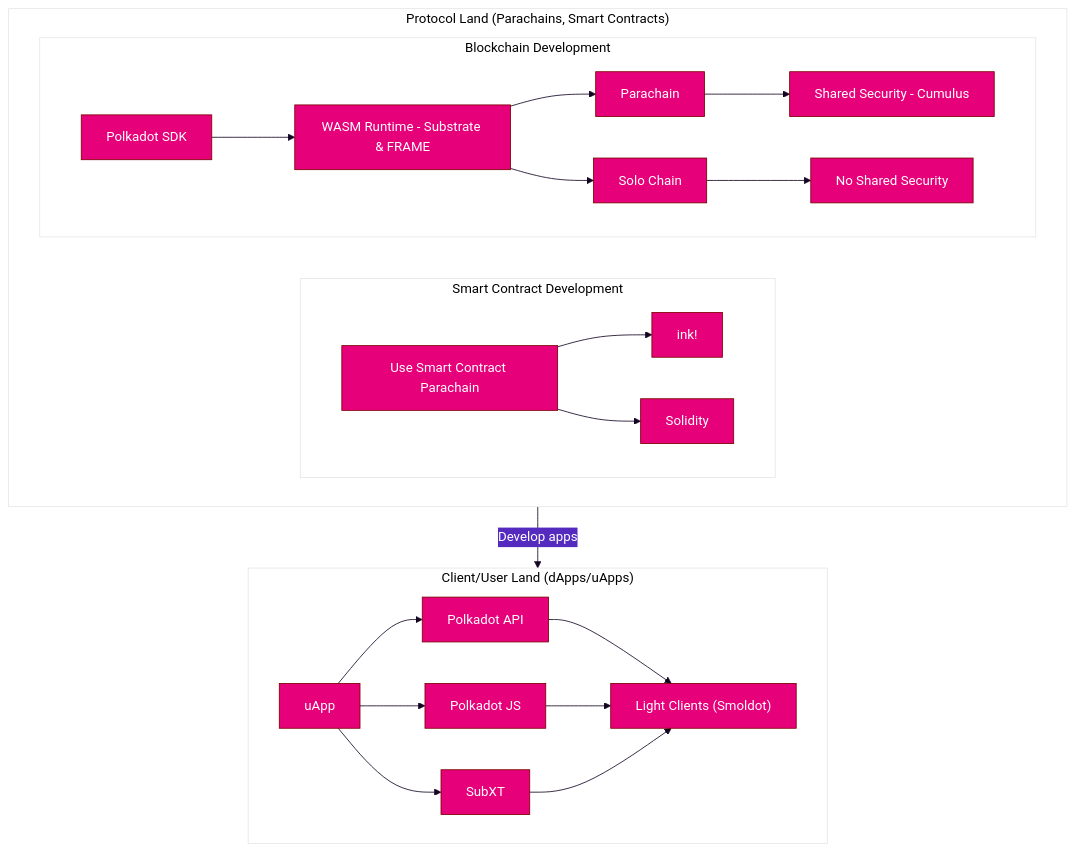
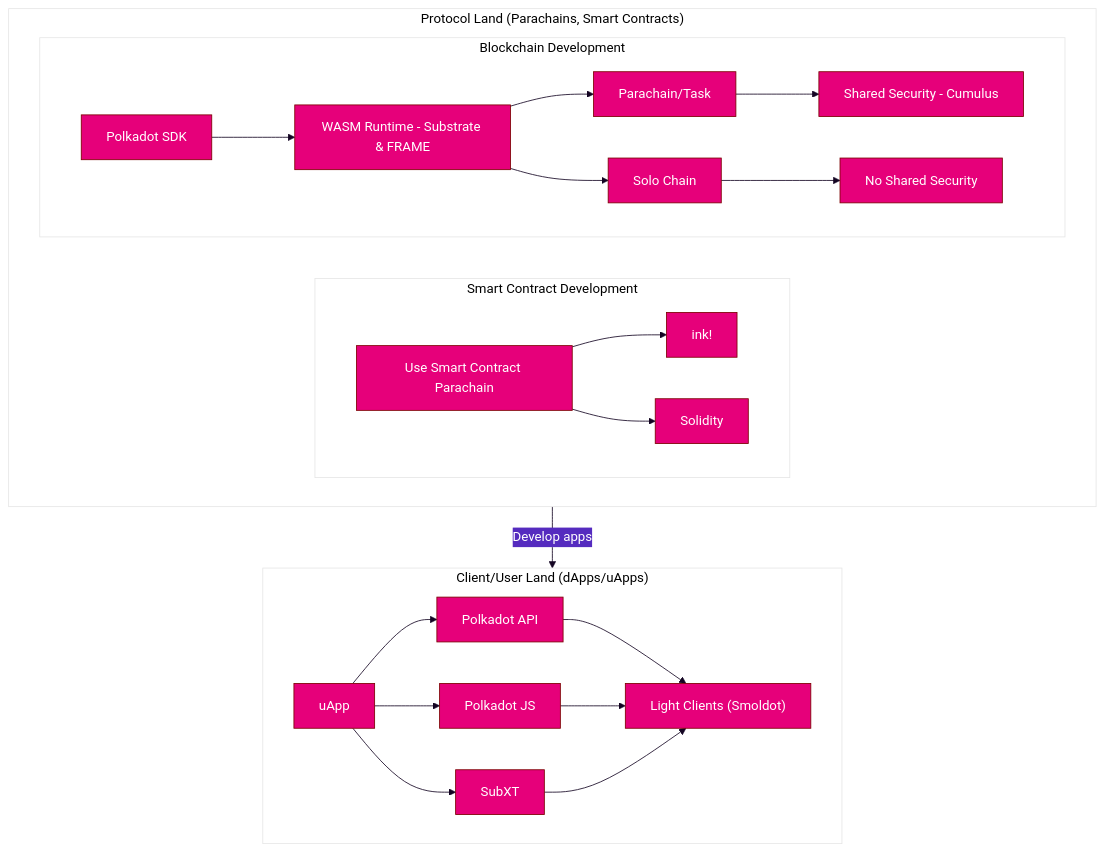
The diagram in docs/build/build-guide.md (w3f/polkadot-wiki), drawn with Mermaid before and after one commit. The commit also changed other lines of this file and 8 other files, not shown here.

````diff
--- a/docs/build/build-guide.md
+++ b/docs/build/build-guide.md
@@ -46,47 +53,47 @@
 ```mermaid
 %%{
-  init: {
-    'theme': 'base',
-    'themeVariables': {
-      'fontFamily': 'Unbounded',
-      'primaryColor': '#E6007A',
-      'fontSize': '16px',
-      'primaryTextColor': '#fff',
-      'primaryBorderColor': '#7C0000',
-      'lineColor': '#140523',
-      'secondaryColor': '#552BBF',
-      'tertiaryColor': '#fff'
-    }
-  }
+ init: {
+ 'theme': 'base',
+ 'themeVariables': {
+ 'fontFamily': 'Unbounded',
+ 'primaryColor': '#E6007A',
+ 'fontSize': '16px',
+ 'primaryTextColor': '#fff',
+ 'primaryBorderColor': '#7C0000',
+ 'lineColor': '#140523',
+ 'secondaryColor': '#552BBF',
+ 'tertiaryColor': '#fff'
+ }
+ }
 }%%
 flowchart TB
-    subgraph PL ["Protocol Land (Parachains, Smart Contracts)"]
+ subgraph PL ["Protocol Land (Parachains, Smart Contracts)"]
 
-        subgraph SCD ["Smart Contract Development"]
-          direction LR
-          SC["Use Smart Contract Parachain"]
-          SC --> ink!
-          SC --> Solidity
-        end
+ subgraph SCD ["Smart Contract Development"]
+ direction LR
+ SC["Use Smart Contract Parachain"]
+ SC --> ink!
+ SC --> Solidity
+ end
 
-        subgraph PSL ["Blockchain Development"]
-           direction LR
-           PS["Polkadot SDK"] --> R[WASM Runtime - Substrate & FRAME]
-           R -->Parachain["Parachain"]-->SSC["Shared Security - Cumulus"]
-           R -->SoloChain[Solo Chain]-->NSS["No Shared Security"]
-        end
-    end
+ subgraph PSL ["Blockchain Development"]
+ direction LR
+ PS["Polkadot SDK"] --> R[WASM Runtime - Substrate & FRAME]
+ R -->Parachain["Parachain/Task"]-->SSC["Shared Security - Cumulus"]
+ R -->SoloChain[Solo Chain]-->NSS["No Shared Security"]
+ end
+ end
 
-    PL-->| Develop apps| CS
+ PL-->| Develop apps| CS
 
-    subgraph CS ["Client/User Land (dApps/uApps)"]
-        LC["Light Clients (Smoldot)"]
-        UA[uApp]
-        UA --> PAPI[Polkadot API]
-        UA --> PJS[Polkadot JS]
-        UA --> SubXT
-        PAPI --> LC
-        PJS --> LC
-        SubXT --> LC
-    end
+ subgraph CS ["Client/User Land (dApps/uApps)"]
+ LC["Light Clients (Smoldot)"]
+ UA[uApp]
+ UA --> PAPI[Polkadot API]
+ UA --> PJS[Polkadot JS]
+ UA --> SubXT
+ PAPI --> LC
+ PJS --> LC
+ SubXT --> LC
+ end
 ```
````
